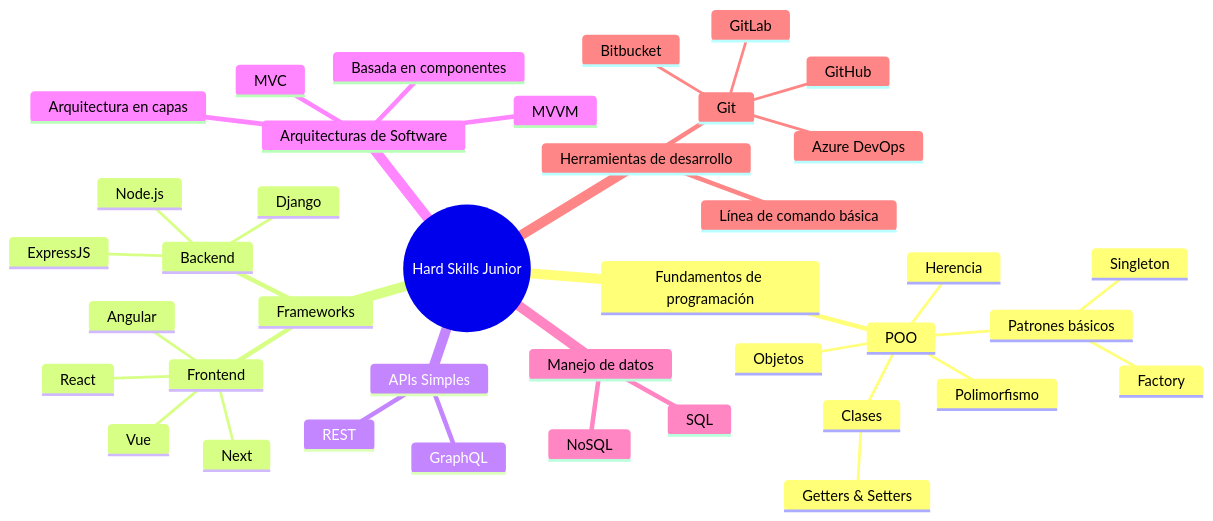
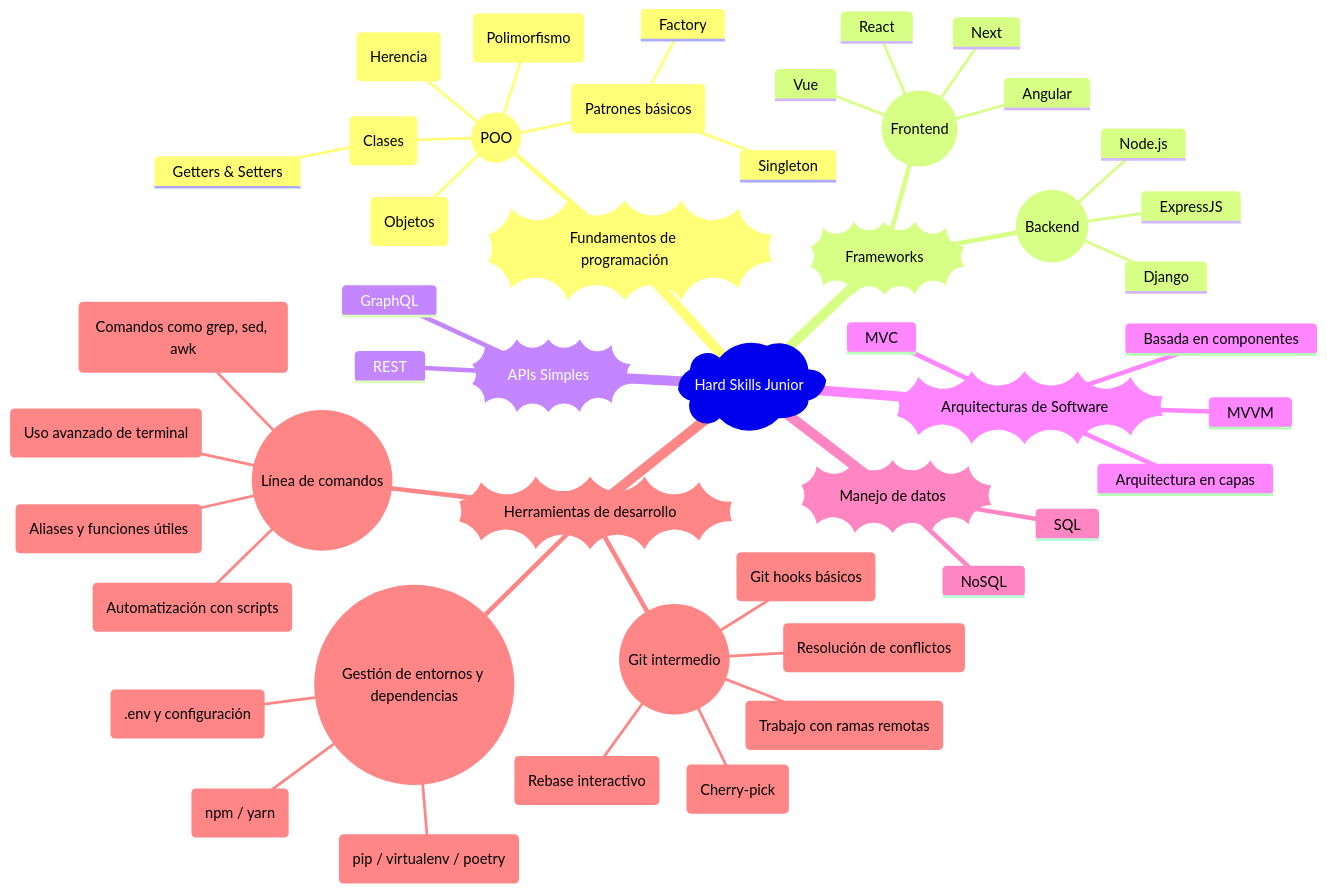
One commit to EdgarRangelInnovate/EdgarRangelInnovate changed the first of 4 diagrams in knowledge/tech/junior.md. Above: the diagram before and after it, drawn with Mermaid. The commit also changed other lines of this file and 6 other files, not shown here.

````diff
--- a/knowledge/tech/junior.md
+++ b/knowledge/tech/junior.md
@@ -9,42 +9,51 @@
 ```mermaid
 mindmap
-  root((Hard Skills Junior))
-    Fundamentos de programación
-      POO
-        Clases
+  root)Hard Skills Junior((
+    ))Fundamentos de programación((
+      ((POO))
+        (Clases)
           Getters & Setters
-        Objetos
-        Herencia
-        Polimorfismo
-        Patrones básicos
+        (Objetos)
+        (Herencia)
+        (Polimorfismo)
+        (Patrones básicos)
           Factory
           Singleton
-    Frameworks
-      Frontend
+    ))Frameworks((
+      ((Frontend))
         React
         Angular
         Vue
         Next
-      Backend
+      ((Backend))
         Django
         ExpressJS
         Node.js
-    APIs Simples
+    ))APIs Simples((
       REST
       GraphQL
-    Arquitecturas de Software
+    ))Arquitecturas de Software((
       MVC
       MVVM
       Arquitectura en capas
       Basada en componentes
-    Manejo de datos
+    ))Manejo de datos((
       SQL
       NoSQL
-    Herramientas de desarrollo
-      Git
-        GitHub
-        GitLab
-        Bitbucket
-        Azure DevOps
-      Línea de comando básica
+    ))Herramientas de desarrollo((
+      ((Git intermedio))
+        (Resolución de conflictos)
+        (Rebase interactivo)
+        (Cherry-pick)
+        (Trabajo con ramas remotas)
+        (Git hooks básicos)
+      ((Gestión de entornos y dependencias))
+        (npm / yarn)
+        (pip / virtualenv / poetry)
+        (.env y configuración)
+      ((Línea de comandos))
+        (Uso avanzado de terminal)
+        (Automatización con scripts)
+        (Aliases y funciones útiles)
+        (Comandos como grep, sed, awk)
 ```
````
